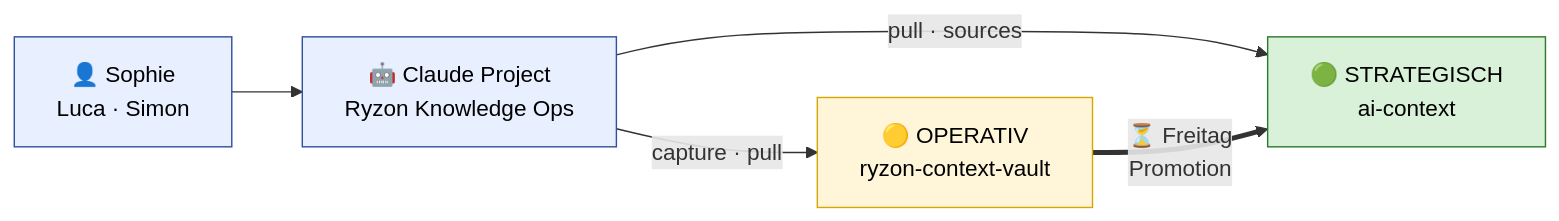
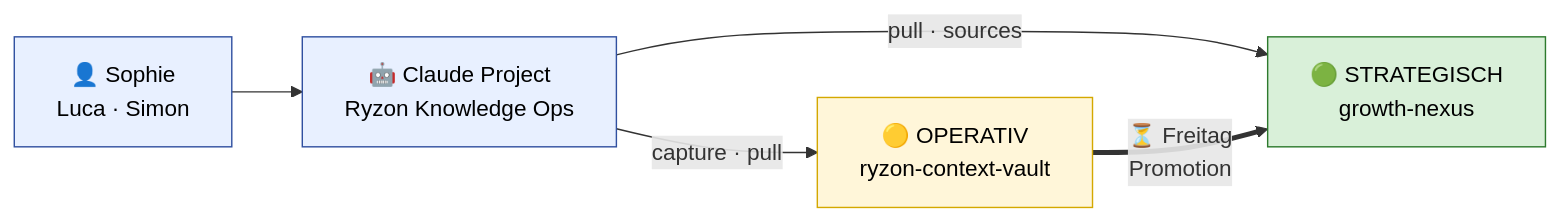
One commit to Ryzon-Performance-Sports-Apparel/mcp-hub changed the first of 4 diagrams in docs/knowledge-setup/meeting-agenda-sophie-luca.md. Above: the diagram before and after it, drawn with Mermaid. The commit also changed other lines of this file and 18 other files, not shown here.

````diff
--- a/docs/knowledge-setup/meeting-agenda-sophie-luca.md
+++ b/docs/knowledge-setup/meeting-agenda-sophie-luca.md
@@ -9,15 +9,15 @@
 ```mermaid
 flowchart LR
     U["👤 Sophie<br/>Luca · Simon"] --> CP["🤖 Claude Project<br/>Ryzon Knowledge Ops"]
     CP -->|capture · pull| V["🟡 OPERATIV<br/>ryzon-context-vault"]
-    CP -->|pull · sources| A["🟢 STRATEGISCH<br/>ai-context"]
+    CP -->|pull · sources| A["🟢 STRATEGISCH<br/>growth-nexus"]
     V ==>|"⏳ Freitag<br/>Promotion"| A
 
     classDef op fill:#fff6d9,stroke:#d4a800,color:#000
     classDef st fill:#d9f0d9,stroke:#2d7a2d,color:#000
     classDef cp fill:#e8f0ff,stroke:#3050a0,color:#000
 
     class V op
     class A st
     class U,CP cp
 ```
````
